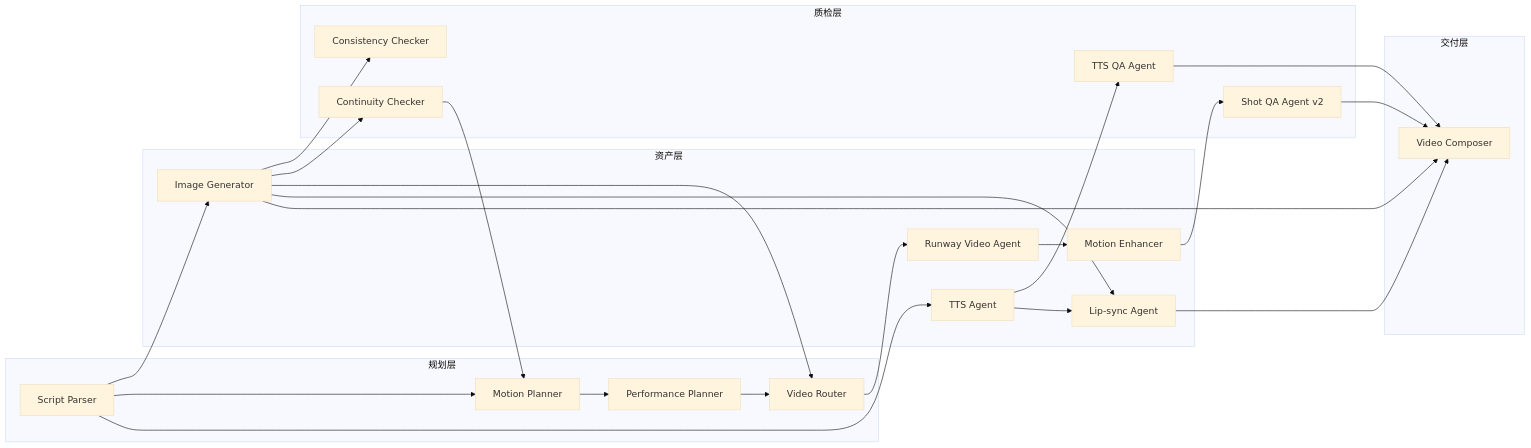
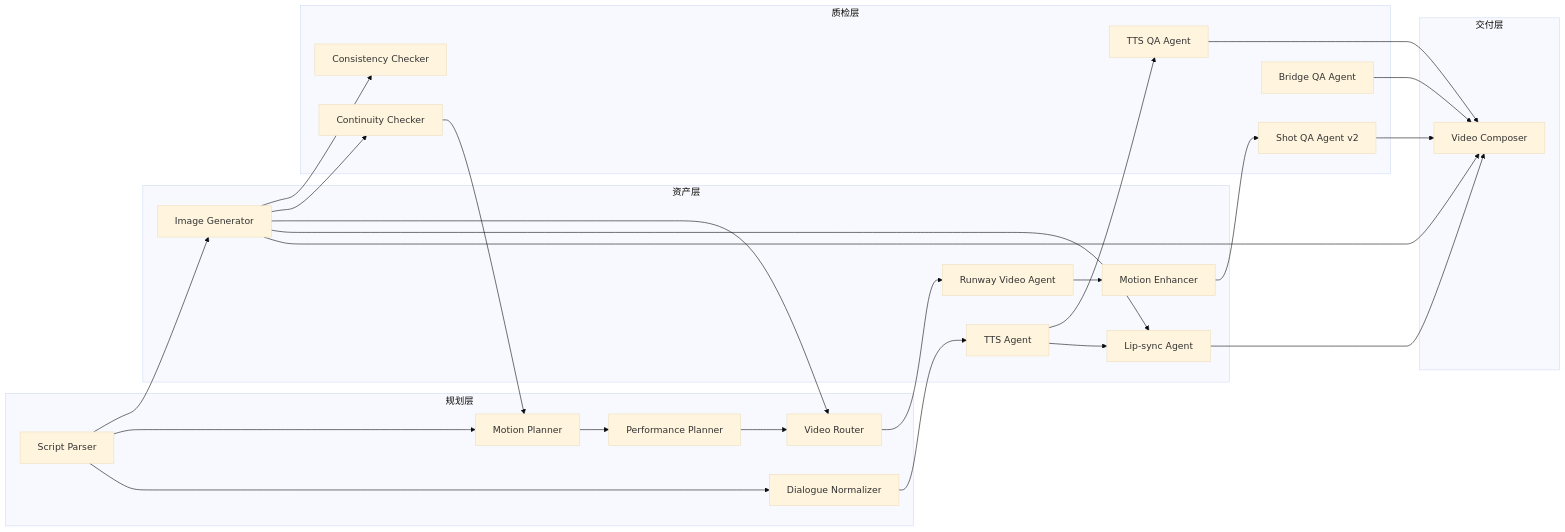
One commit to OliverPanda/AI-video-factory-pro changed the second of 3 diagrams in docs/agents/agent-io-map.md. Above: the diagram before and after it, drawn with Mermaid (base theme). The commit also changed other lines of this file and 30 other files, not shown here.

````diff
--- a/docs/agents/agent-io-map.md
+++ b/docs/agents/agent-io-map.md
@@ -49,48 +55,52 @@
 ```mermaid
 flowchart LR
     subgraph Planning[规划层]
         SP[Script Parser]
         MP[Motion Planner]
         PP[Performance Planner]
         VR[Video Router]
+        DN[Dialogue Normalizer]
     end
 
     subgraph Asset[资产层]
         IG[Image Generator]
         RV[Runway Video Agent]
         ME[Motion Enhancer]
         TTS[TTS Agent]
         LS[Lip-sync Agent]
     end
 
     subgraph QA[质检层]
         CC[Consistency Checker]
         CQ[Continuity Checker]
         SQ[Shot QA Agent v2]
+        BQ[Bridge QA Agent]
         TQ[TTS QA Agent]
     end
 
     subgraph Delivery[交付层]
         VC[Video Composer]
     end
 
     SP --> IG
     IG --> CC
     IG --> CQ
     SP --> MP
     CQ --> MP
     MP --> PP
     PP --> VR
     IG --> VR
     VR --> RV
     RV --> ME
     ME --> SQ
-    SP --> TTS
+    SP --> DN
+    DN --> TTS
     TTS --> TQ
     IG --> LS
     TTS --> LS
     SQ --> VC
+    BQ --> VC
     LS --> VC
     IG --> VC
     TQ --> VC
 ```
````
